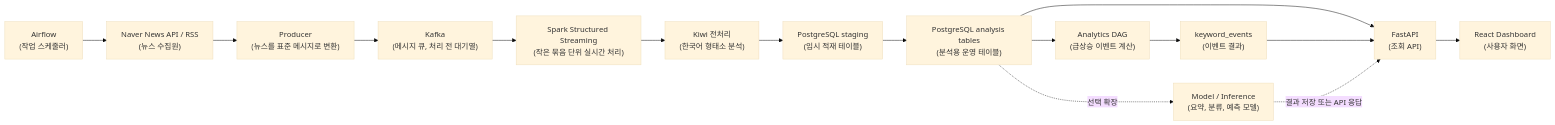
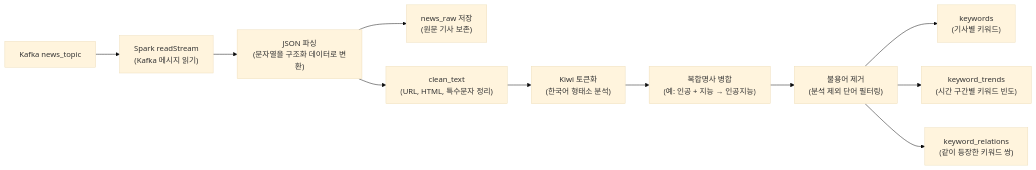
Before and after one commit to yeongmin-yu/news-trend-pipeline-dev: the second of 5 diagrams in docs/design_final/FINAL_DEMO_AND_REVIEW.md, drawn with Mermaid (base theme). The commit also changed other lines of this file, not shown here.

````diff
--- a/docs/design_final/FINAL_DEMO_AND_REVIEW.md
+++ b/docs/design_final/FINAL_DEMO_AND_REVIEW.md
@@ -35,18 +62,13 @@
 ```mermaid
 flowchart LR
-    A["Airflow<br/>(작업 스케줄러)"] --> B["Naver News API / RSS<br/>(뉴스 수집원)"]
-    B --> C["Producer<br/>(뉴스를 표준 메시지로 변환)"]
-    C --> D["Kafka<br/>(메시지 큐, 처리 전 대기열)"]
-    D --> E["Spark Structured Streaming<br/>(작은 묶음 단위 실시간 처리)"]
-    E --> F["Kiwi 전처리<br/>(한국어 형태소 분석)"]
-    F --> G["PostgreSQL staging<br/>(임시 적재 테이블)"]
-    G --> H["PostgreSQL analysis tables<br/>(분석용 운영 테이블)"]
-    H --> I["Analytics DAG<br/>(급상승 이벤트 계산)"]
-    I --> J["keyword_events<br/>(이벤트 결과)"]
-    H --> K["FastAPI<br/>(조회 API)"]
-    J --> K
-    K --> L["React Dashboard<br/>(사용자 화면)"]
-
-    H -. "선택 확장" .-> M["Model / Inference<br/>(요약, 분류, 예측 모델)"]
-    M -. "결과 저장 또는 API 응답" .-> K
+    A["Kafka news_topic"] --> B["Spark readStream<br/>(Kafka 메시지 읽기)"]
+    B --> C["JSON 파싱<br/>(문자열을 구조화 데이터로 변환)"]
+    C --> D["news_raw 저장<br/>(원문 기사 보존)"]
+    C --> E["clean_text<br/>(URL, HTML, 특수문자 정리)"]
+    E --> F["Kiwi 토큰화<br/>(한국어 형태소 분석)"]
+    F --> G["복합명사 병합<br/>(예: 인공 + 지능 → 인공지능)"]
+    G --> H["불용어 제거<br/>(분석 제외 단어 필터링)"]
+    H --> I["keywords<br/>(기사별 키워드)"]
+    H --> J["keyword_trends<br/>(시간 구간별 키워드 빈도)"]
+    H --> K["keyword_relations<br/>(같이 등장한 키워드 쌍)"]
 ```
````
